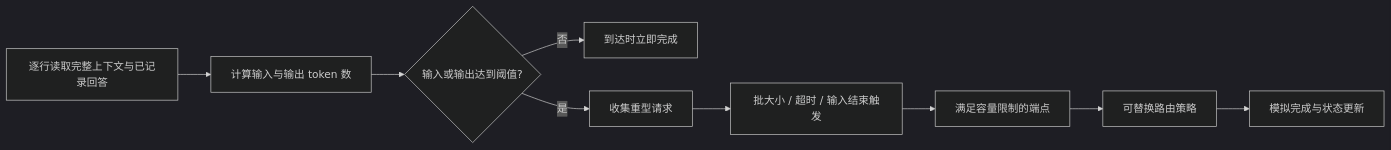
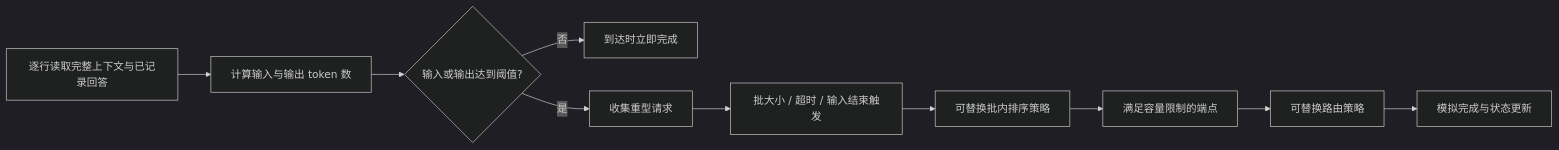
Before and after one commit to Coconut817/llm-gateway-scheduler-updated: the diagram in README.md, drawn with Mermaid (dark theme). The commit also changed other lines of this file and 21 other files, not shown here.

````diff
--- a/README.md
+++ b/README.md
@@ -48,11 +48,12 @@
 ```mermaid
 flowchart LR
     A[逐行读取完整上下文与已记录回答] --> B[计算输入与输出 token 数]
     B --> C{输入或输出达到阈值?}
     C -- 否 --> D[到达时立即完成]
     C -- 是 --> E[收集重型请求]
     E --> F[批大小 / 超时 / 输入结束触发]
-    F --> G[满足容量限制的端点]
+    F --> J[可替换批内排序策略]
+    J --> G[满足容量限制的端点]
     G --> H[可替换路由策略]
     H --> I[模拟完成与状态更新]
 ```
````
